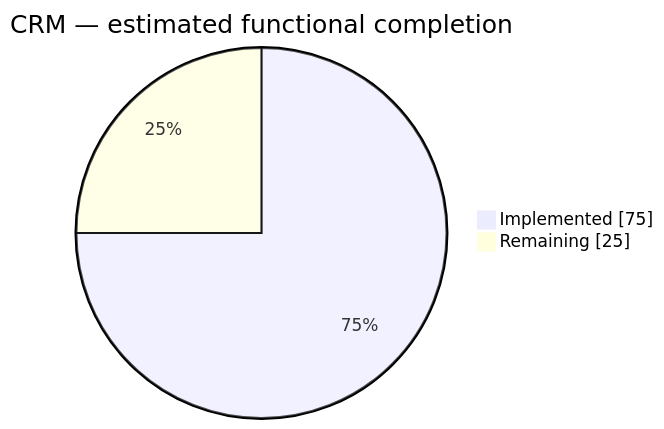
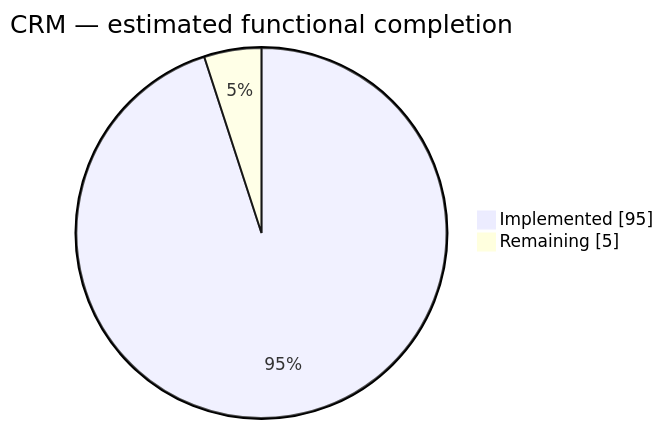
One commit to RamishSadiq/Nexora changed the first of 3 diagrams in docs/strategy/NEXORA_PROGRESS_REPORT.md. Above: the diagram before and after it, drawn with Mermaid. The commit also changed other lines of this file and 91 other files, not shown here.

````diff
--- a/docs/strategy/NEXORA_PROGRESS_REPORT.md
+++ b/docs/strategy/NEXORA_PROGRESS_REPORT.md
@@ -26,6 +28,6 @@
 ```mermaid
 pie showData
     title CRM — estimated functional completion
-    "Implemented" : 75
-    "Remaining" : 25
+    "Implemented" : 95
+    "Remaining" : 5
 ```
````
